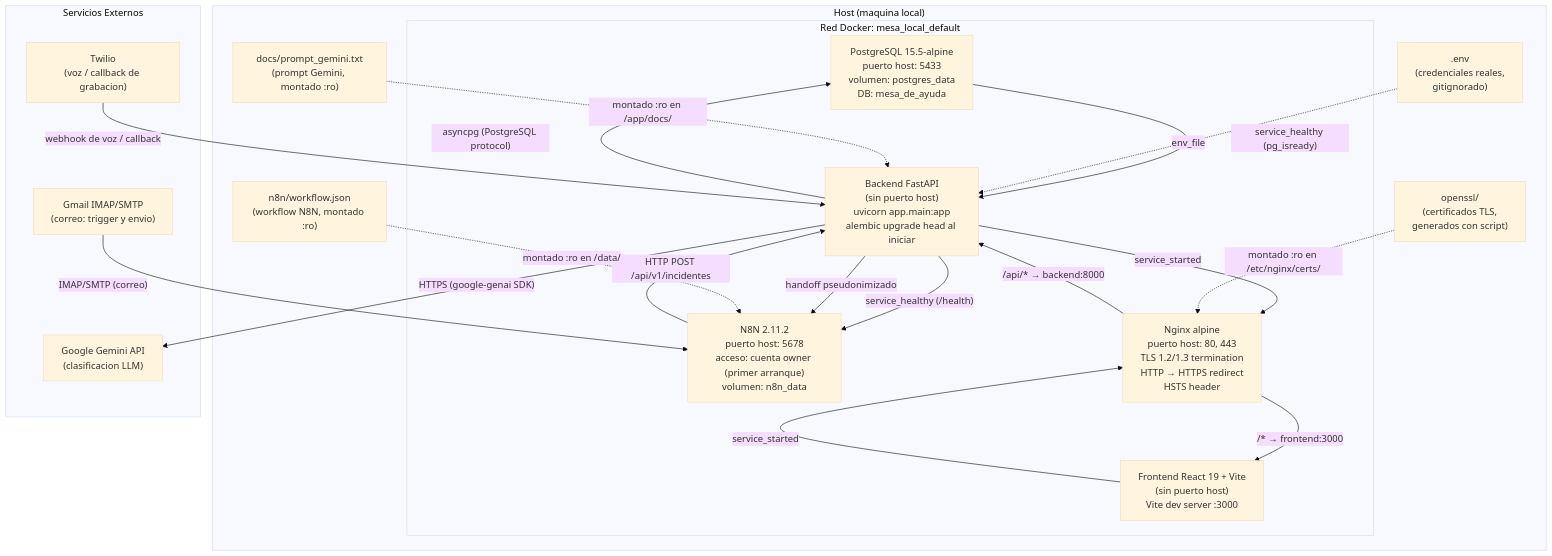
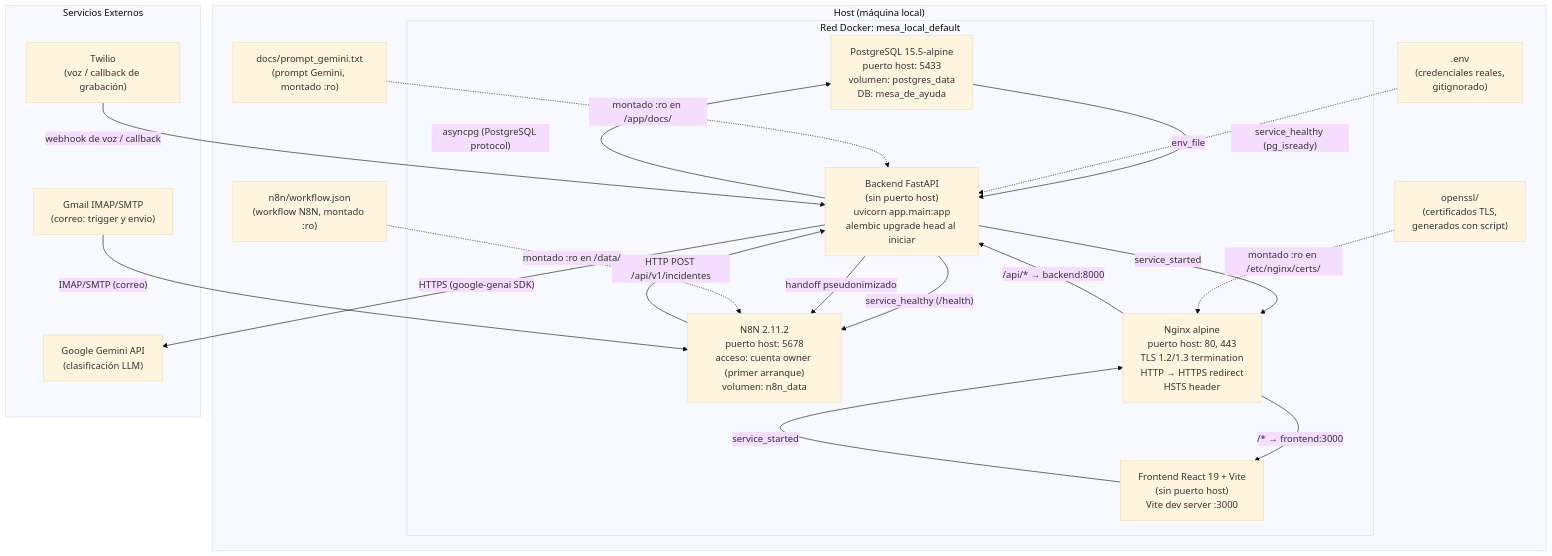
The diagram in docs/diagrams/despliegue.md (lucaGomezB/Automatizacion-de-Mesa-de-Ayuda-N8N), drawn with Mermaid (base theme) before and after one commit. The commit also changed 39 other files, not shown here.

````diff
--- a/docs/diagrams/despliegue.md
+++ b/docs/diagrams/despliegue.md
@@ -10,49 +10,49 @@
 ```mermaid
 graph TD
-    subgraph Host["Host (maquina local)"]
+    subgraph Host["Host (máquina local)"]
         subgraph Docker["Red Docker: mesa_local_default"]
             PG["PostgreSQL 15.5-alpine\npuerto host: 5433\nvolumen: postgres_data\nDB: mesa_de_ayuda"]
             BE["Backend FastAPI\n(sin puerto host)\nuvicorn app.main:app\nalembic upgrade head al iniciar"]
             N8N["N8N 2.11.2\npuerto host: 5678\nacceso: cuenta owner (primer arranque)\nvolumen: n8n_data"]
             FE["Frontend React 19 + Vite\n(sin puerto host)\nVite dev server :3000"]
             NGX["Nginx alpine\npuerto host: 80, 443\nTLS 1.2/1.3 termination\nHTTP → HTTPS redirect\nHSTS header"]
         end
 
         ENV[".env\n(credenciales reales,\ngitignorado)"]
         WF["n8n/workflow.json\n(workflow N8N, montado :ro)"]
         PROMPT["docs/prompt_gemini.txt\n(prompt Gemini, montado :ro)"]
         CERTS["openssl/\n(certificados TLS,\ngenerados con script)"]
     end
 
     subgraph External["Servicios Externos"]
-        GEMINI["Google Gemini API\n(clasificacion LLM)"]
+        GEMINI["Google Gemini API\n(clasificación LLM)"]
         IMAP["Gmail IMAP/SMTP\n(correo: trigger y envio)"]
-        TWILIO["Twilio\n(voz / callback de grabacion)"]
+        TWILIO["Twilio\n(voz / callback de grabación)"]
     end
 
     %% Dependencias de salud declaradas en el compose
     PG -- "service_healthy (pg_isready)" --> BE
     BE -- "service_healthy (/health)" --> N8N
     BE -- "service_started" --> NGX
     FE -- "service_started" --> NGX
 
-    %% Comunicacion entre servicios
+    %% Comunicación entre servicios
     BE -- "asyncpg (PostgreSQL protocol)" --> PG
     N8N -- "HTTP POST /api/v1/incidentes" --> BE
     BE -- "HTTPS (google-genai SDK)" --> GEMINI
 
     %% Nginx proxy rutas
     NGX -- "/api/* → backend:8000" --> BE
     NGX -- "/* → frontend:3000" --> FE
 
     %% Canales de entrada externos
     IMAP -- "IMAP/SMTP (correo)" --> N8N
     TWILIO -- "webhook de voz / callback" --> BE
     BE -- "handoff pseudonimizado" --> N8N
 
-    %% Volumenes y archivos
+    %% Volúmenes y archivos
     ENV -. "env_file" .-> BE
     WF -. "montado :ro en /data/" .-> N8N
     PROMPT -. "montado :ro en /app/docs/" .-> BE
     CERTS -. "montado :ro en /etc/nginx/certs/" .-> NGX
 ```
````
